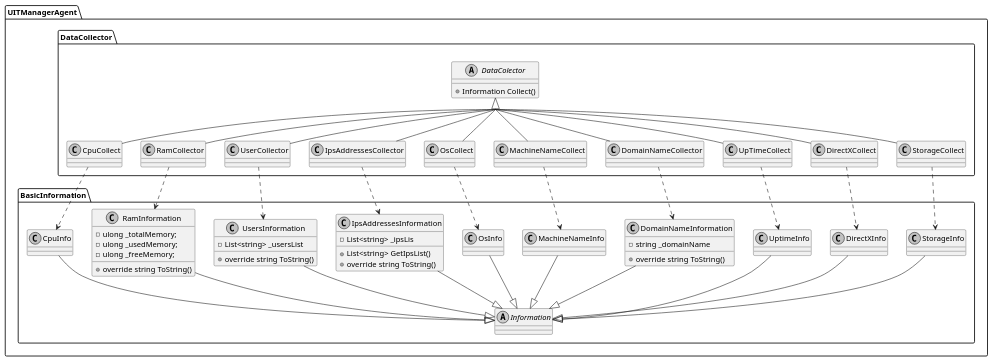
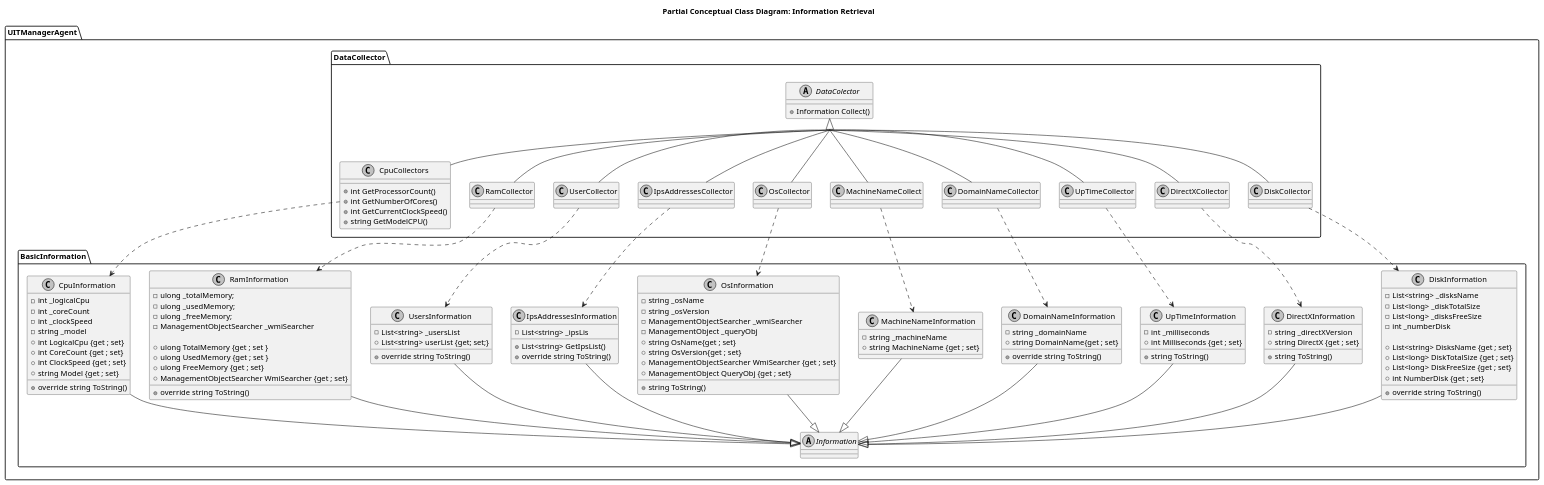
Before and after one commit to S0lth/UIT_manager: the diagram in Doc/Diagrams/original/1_ClassDiagram_RecupInfo.wsd, drawn with PlantUML.

Commit message:
analyse : add wsd for RecupInfo class Diagram

```diff
--- a/Doc/Diagrams/original/1_ClassDiagram_RecupInfo.wsd
+++ b/Doc/Diagrams/original/1_ClassDiagram_RecupInfo.wsd
@@ -1,89 +1,149 @@
-@startuml
+@startuml 
+title Partial Conceptual Class Diagram: Information Retrieval
 skinparam groupInheritance 2
 skinparam Monochrome true
 package UITManagerAgent{
     package DataCollector{
         abstract DataColector{
             + Information Collect()
         }
-        class CpuCollect {}
+        class CpuCollectors {
+            + int GetProcessorCount()
+            + int GetNumberOfCores()
+            + int GetCurrentClockSpeed()
+            + string GetModelCPU()
+        }
         class RamCollector {}
         class UserCollector {}
         class IpsAddressesCollector {}
-        class OsCollect {}
+        class OsCollector {}
         class MachineNameCollect {}
         class DomainNameCollector {}
-        class UpTimeCollect {}
-        class DirectXCollect {}
-        class StorageCollect {}
+        class UpTimeCollector {}
+        class DirectXCollector {}
+        class DiskCollector {}
 
     }
     package BasicInformation{
         abstract Information{}
 
-        class CpuInfo {}
+        class CpuInformation {
+            - int _logicalCpu
+            - int _coreCount
+            - int _clockSpeed
+            - string _model
+            + int LogicalCpu {get ; set}
+            + int CoreCount {get ; set}
+            + int ClockSpeed {get ; set}
+            + string Model {get ; set}
+            + override string ToString()
+        }
         class RamInformation {
 
-                - ulong _totalMemory;
+            - ulong _totalMemory;
             - ulong _usedMemory;
             - ulong _freeMemory;
+            - ManagementObjectSearcher _wmiSearcher
+
+            + ulong TotalMemory {get ; set }
+            + ulong UsedMemory {get ; set }
+            + ulong FreeMemory {get ; set}
+            + ManagementObjectSearcher WmiSearcher {get ; set}
 
             + override string ToString()
 
         }
-        class UsersInformation {
+       class UsersInformation {
             -  List<string> _usersList
+            + List<string> userList {get; set;}
             + override string ToString()
         }
         class IpsAddressesInformation {
             - List<string> _ipsLis
             + List<string> GetIpsList()
             + override string ToString()
         }
-        class OsInfo {}
-        class MachineNameInfo {}
+        class OsInformation {
+            - string _osName
+            - string _osVersion
+            - ManagementObjectSearcher _wmiSearcher
+            - ManagementObject _queryObj
+            + string OsName{get ; set}
+            + string OsVersion{get ; set}
+            + ManagementObjectSearcher WmiSearcher {get ; set}
+            + ManagementObject QueryObj {get ; set}
+            + string ToString()
+        }
+        class MachineNameInformation {
+            - string _machineName
+            + string MachineName {get ; set}
+
+        }
         class DomainNameInformation {
 
             - string _domainName
+            + string DomainName{get ; set}
             + override string ToString()
         }
-        class UptimeInfo {}
-        class DirectXInfo {}
-        class StorageInfo {}
+        class UpTimeInformation {
+            - int _milliseconds
+            + int Milliseconds {get ; set}
+            + string ToString()
+
+        }
+        class DirectXInformation {
+            - string _directXVersion
+            + string DirectX {get ; set}
+            + string ToString()
+        }
+        class DiskInformation {
+            - List<string> _disksName
+            - List<long> _diskTotalSize
+            - List<long> _disksFreeSize
+            - int _numberDisk
+
+            + List<string> DisksName {get ; set}
+            + List<long> DiskTotalSize {get ; set}
+            + List<long> DiskFreeSize {get ; set}
+            + int NumberDisk {get ; set}
+
+            + override string ToString()
+
+        }
 
     }
-    CpuCollect -up-|> DataColector
-    CpuCollect ..> CpuInfo
+    CpuCollectors -up-|> DataColector
+    CpuCollectors ..> CpuInformation
     RamCollector -up-|> DataColector
     RamCollector ..> RamInformation
     UserCollector -up-|> DataColector
     UserCollector ..> UsersInformation
     IpsAddressesCollector -up-|> DataColector
     IpsAddressesCollector ..> IpsAddressesInformation
-    OsCollect -up-|> DataColector
-    OsCollect ..> OsInfo
+    OsCollector -up-|> DataColector
+    OsCollector ..> OsInformation
     MachineNameCollect -up-|> DataColector
-    MachineNameCollect ..> MachineNameInfo
+    MachineNameCollect ..> MachineNameInformation
     DomainNameCollector -up-|> DataColector
     DomainNameCollector ..> DomainNameInformation
-    UpTimeCollect -up-|> DataColector
-    UpTimeCollect ..> UptimeInfo
-    DirectXCollect -up-|> DataColector
-    DirectXCollect ..> DirectXInfo
-    StorageCollect -up-|> DataColector
-    StorageCollect ..> StorageInfo
+    UpTimeCollector -up-|> DataColector
+    UpTimeCollector ..> UpTimeInformation
+    DirectXCollector -up-|> DataColector
+    DirectXCollector ..> DirectXInformation 
+    DiskCollector -up-|> DataColector
+    DiskCollector ..> DiskInformation
 
-    CpuInfo -down-|> Information
+    CpuInformation -down-|> Information
     RamInformation -down-|> Information
     UsersInformation -down-|> Information
     IpsAddressesInformation -down-|> Information
-    OsInfo -down-|> Information
-    MachineNameInfo -down-|> Information
+    OsInformation -down-|> Information
+    MachineNameInformation -down-|> Information
     DomainNameInformation -down-|> Information
-    UptimeInfo -down-|> Information
-    DirectXInfo -down-|> Information
-    StorageInfo -down-|> Information
+    UpTimeInformation -down-|> Information
+    DirectXInformation -down-|> Information
+    DiskInformation -down-|> Information
 
 }
 
 @enduml
```
